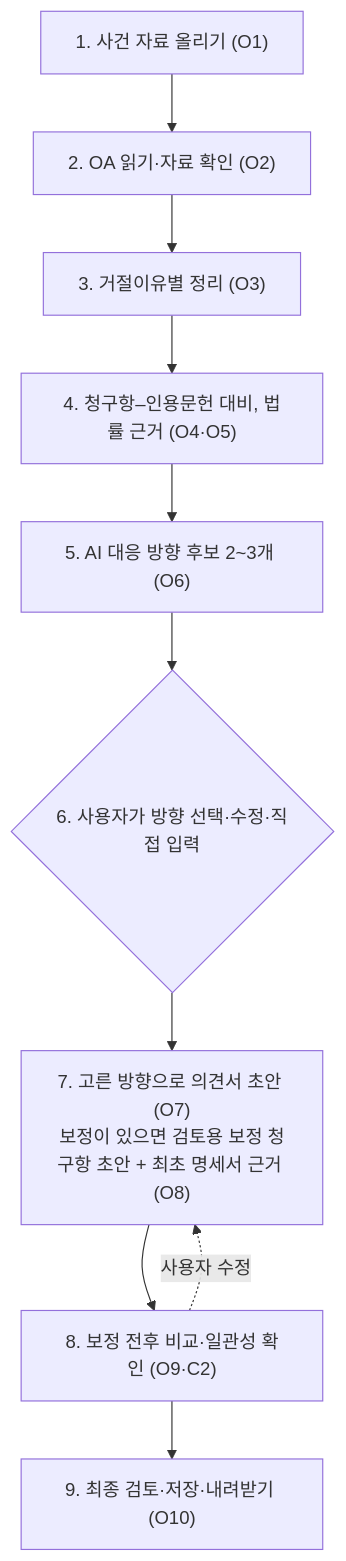
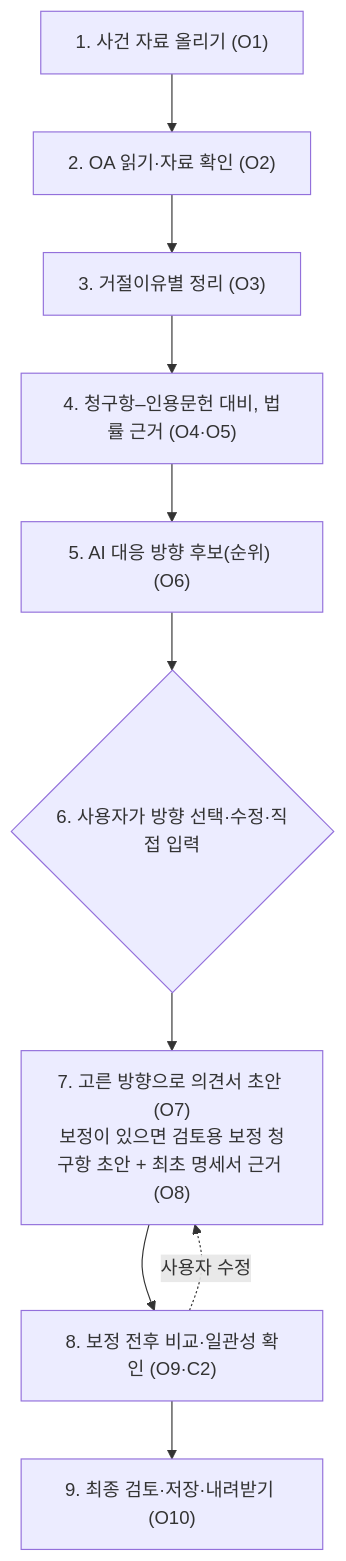
Before and after one commit to merge-mates/patent-ai-workspace: the second of 2 diagrams in docs/product/service_plan_v3.1.md, drawn with Mermaid. The commit also changed other lines of this file and 6 other files, not shown here.

````diff
--- a/docs/product/service_plan_v3.1.md
+++ b/docs/product/service_plan_v3.1.md
@@ -174,12 +174,12 @@
 ```mermaid
 flowchart TD
     I["1. 사건 자료 올리기 (O1)"] --> X["2. OA 읽기·자료 확인 (O2)"]
     X --> S["3. 거절이유별 정리 (O3)"]
     S --> D["4. 청구항–인용문헌 대비, 법률 근거 (O4·O5)"]
-    D --> P["5. AI 대응 방향 후보 2~3개 (O6)"]
+    D --> P["5. AI 대응 방향 후보(순위) (O6)"]
     P --> H{"6. 사용자가 방향 선택·수정·직접 입력"}
     H --> W["7. 고른 방향으로 의견서 초안 (O7)<br/>보정이 있으면 검토용 보정 청구항 초안 + 최초 명세서 근거 (O8)"]
     W --> V["8. 보정 전후 비교·일관성 확인 (O9·C2)"]
     V --> F["9. 최종 검토·저장·내려받기 (O10)"]
     V -. "사용자 수정" .-> W
 ```
````
